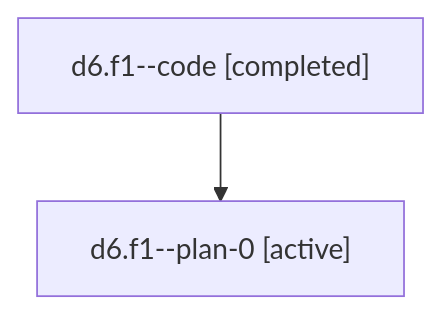
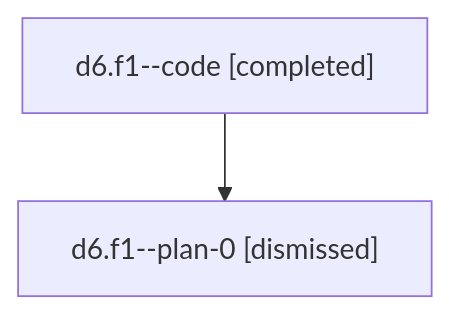
The diagram in sessions/bbugyi200.athena.d6.f1.md (sase-org/sase--agents), drawn with Mermaid before and after one commit. The commit also changed other lines of this file and 69 other files, not shown here.

````diff
--- a/sessions/bbugyi200.athena.d6.f1.md
+++ b/sessions/bbugyi200.athena.d6.f1.md
@@ -9,6 +9,6 @@
 ```mermaid
 flowchart TD
   n0["d6.f1--code [completed]"]
-  n1["d6.f1--plan-0 [active]"]
+  n1["d6.f1--plan-0 [dismissed]"]
   n0 --> n1
 ```
````
